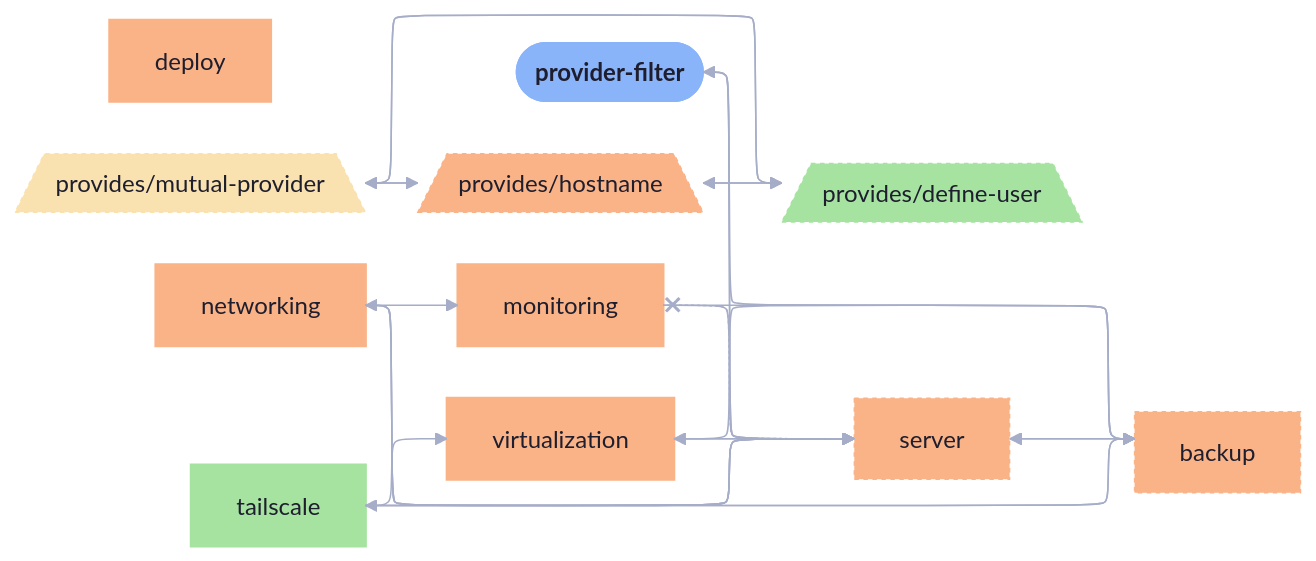
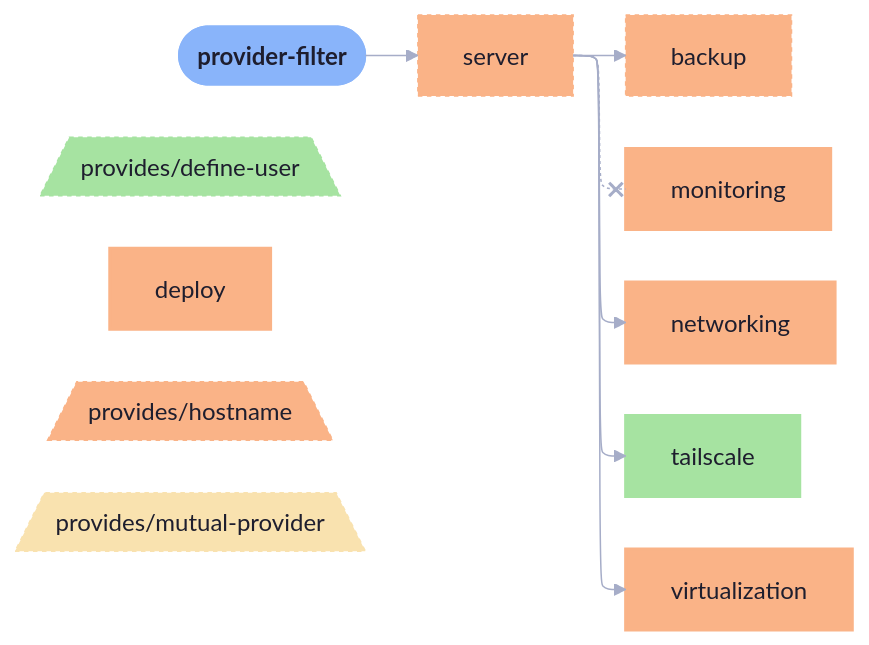
The diagram in templates/diag-fx-demo/diagrams/provider-filter-simple.md (sini/den), drawn with Mermaid before and after one commit. The commit also changed 849 other files, not shown here.

Commit message:
chore: update fx diagrams

````diff
--- a/templates/diag-fx-demo/diagrams/provider-filter-simple.md
+++ b/templates/diag-fx-demo/diagrams/provider-filter-simple.md
@@ -5,54 +5,35 @@
 ```mermaid
 %%{init: {"elk":{"mergeEdges":true,"nodePlacementStrategy":"BRANDES_KOEPF"},"layout":"elk","theme":"base","themeVariables":{"activationBkgColor":"#313244","activationBorderColor":"#6c7086","actorBkg":"#313244","actorBorder":"#a6adc8","actorLineColor":"#a6adc8","actorTextColor":"#cdd6f4","background":"#1e1e2e","classText":"#cdd6f4","clusterBkg":"#313244","clusterBorder":"#6c7086","edgeLabelBackground":"#1e1e2e","labelBoxBkgColor":"#313244","labelBoxBorderColor":"#a6adc8","labelTextColor":"#cdd6f4","lineColor":"#a6adc8","loopTextColor":"#cdd6f4","mainBkg":"#313244","nodeBkg":"#313244","nodeBorder":"#a6adc8","nodeTextColor":"#cdd6f4","noteBkgColor":"#313244","noteBorderColor":"#6c7086","noteTextColor":"#cdd6f4","pie1":"#f38ba8","pie2":"#fab387","pie3":"#f9e2af","pie4":"#a6e3a1","pie5":"#94e2d5","pie6":"#89b4fa","pie7":"#cba6f7","pie8":"#f2cdcd","pieLegendTextColor":"#cdd6f4","pieOuterStrokeColor":"#6c7086","pieSectionTextColor":"#cdd6f4","pieStrokeColor":"#6c7086","pieTitleTextColor":"#cdd6f4","primaryBorderColor":"#a6adc8","primaryColor":"#313244","primaryTextColor":"#cdd6f4","secondBkg":"#313244","secondaryBorderColor":"#6c7086","secondaryColor":"#313244","secondaryTextColor":"#cdd6f4","sequenceNumberColor":"#1e1e2e","signalColor":"#a6adc8","signalTextColor":"#cdd6f4","tertiaryBorderColor":"#6c7086","tertiaryColor":"#313244","tertiaryTextColor":"#cdd6f4","textColor":"#cdd6f4","titleColor":"#cdd6f4"}}}%%
 graph LR
   provider_filter([provider-filter]):::root
   backup["backup"]:::backup_c
   den__provides__define_user[/"provides/define-user"\]:::den__provides__define_user_c
   deploy["deploy"]:::deploy_c
   den__provides__hostname[/"provides/hostname"\]:::den__provides__hostname_c
   monitoring["monitoring"]:::monitoring_c
   den__provides__mutual_provider[/"provides/mutual-provider"\]:::den__provides__mutual_provider_c
   networking["networking"]:::networking_c
   server["server"]:::server_c
   tailscale["tailscale"]:::tailscale_c
   virtualization["virtualization"]:::virtualization_c
 
-  backup --> server
-  den__provides__mutual_provider --> den__provides__define_user
-  den__provides__mutual_provider --> den__provides__hostname
-  den__provides__hostname --> den__provides__define_user
-  den__provides__define_user --> den__provides__hostname
-  den__provides__define_user --> den__provides__mutual_provider
-  den__provides__hostname --> den__provides__mutual_provider
-  monitoring --> backup
-  networking --> backup
-  provider_filter --> backup
+  provider_filter --> server
+  server -.-x monitoring
   server --> backup
-  tailscale --> backup
-  virtualization --> backup
-  monitoring --> server
-  networking --> server
-  provider_filter --> server
-  tailscale --> server
-  virtualization --> server
-  networking --> monitoring
-  server -.-x monitoring
   server --> virtualization
   server --> networking
-  server --> provider_filter
   server --> tailscale
-  tailscale --> virtualization
 
   classDef root fill:#89b4fa,stroke:#89b4fa,color:#1e1e2e,font-weight:bold
   classDef backup_c fill:#fab387,stroke:#fab387,color:#1e1e2e,stroke-dasharray: 3 3,stroke-width:1px
   classDef den__provides__define_user_c fill:#a6e3a1,stroke:#a6e3a1,color:#1e1e2e,stroke-dasharray: 3 3,stroke-width:1px
   classDef deploy_c fill:#fab387,stroke:#fab387,color:#1e1e2e,stroke-width:2px
   classDef den__provides__hostname_c fill:#fab387,stroke:#fab387,color:#1e1e2e,stroke-dasharray: 3 3,stroke-width:1px
   classDef monitoring_c fill:#fab387,stroke:#fab387,color:#1e1e2e,stroke-width:2px
   classDef den__provides__mutual_provider_c fill:#f9e2af,stroke:#f9e2af,color:#1e1e2e,stroke-dasharray: 3 3,stroke-width:1px
   classDef networking_c fill:#fab387,stroke:#fab387,color:#1e1e2e,stroke-width:2px
-  classDef provider_filter_c fill:#fab387,stroke:#fab387,color:#1e1e2e,stroke-width:3px
+  classDef provider_filter_c fill:#fab387,stroke:#fab387,color:#1e1e2e,stroke-width:2px
   classDef server_c fill:#fab387,stroke:#fab387,color:#1e1e2e,stroke-dasharray: 3 3,stroke-width:1px
   classDef tailscale_c fill:#a6e3a1,stroke:#a6e3a1,color:#1e1e2e,stroke-width:2px
   classDef virtualization_c fill:#fab387,stroke:#fab387,color:#1e1e2e,stroke-width:2px
 ```
````
